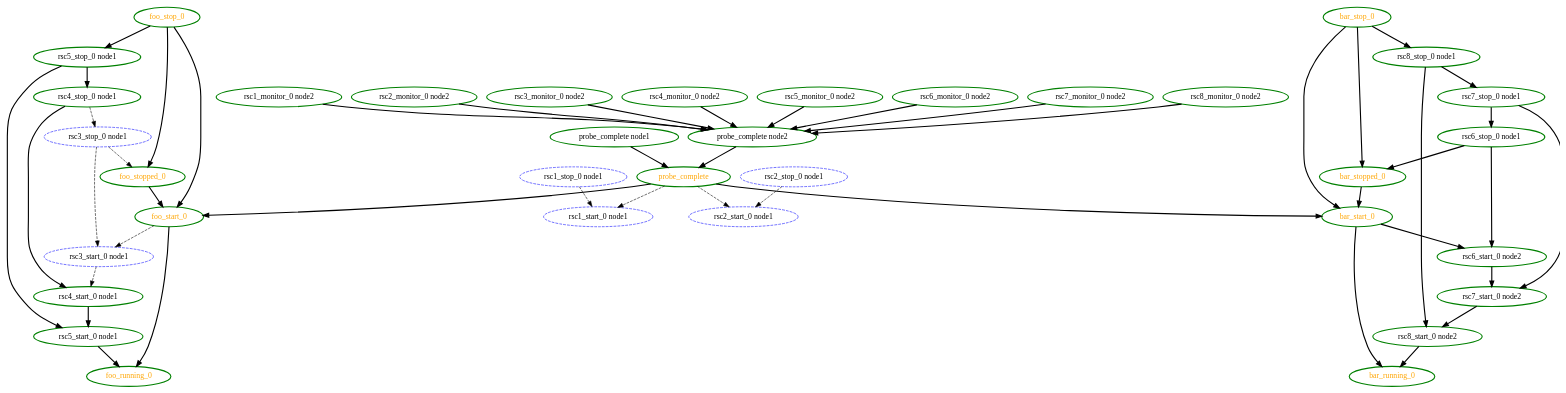
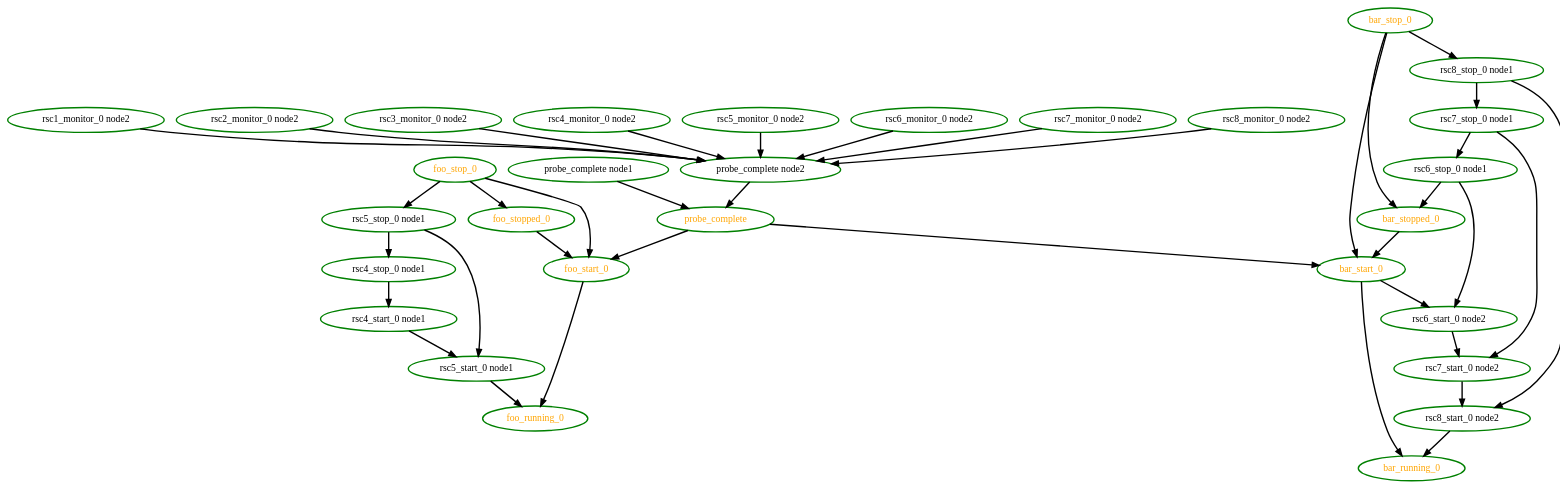
Before and after one commit to richiewen8/heartbeat: the diagram in crm/pengine/testcases/group9.dot, drawn with Graphviz. The commit also changed 100 other files, not shown here.

```diff
--- a/crm/pengine/testcases/group9.dot
+++ b/crm/pengine/testcases/group9.dot
@@ -1,84 +1,69 @@
 digraph "g" {
 	size = "30,30"
 "rsc4_stop_0 node1" [ style=bold color="green" fontcolor="black" ]
 "rsc7_stop_0 node1" [ style=bold color="green" fontcolor="black" ]
 "probe_complete" [ style=bold color="green" fontcolor="orange" ]
 "probe_complete node1" [ style=bold color="green" fontcolor="black" ]
 "probe_complete node2" [ style=bold color="green" fontcolor="black" ]
 "rsc1_monitor_0 node2" [ style=bold color="green" fontcolor="black" ]
 "rsc2_monitor_0 node2" [ style=bold color="green" fontcolor="black" ]
 "rsc3_monitor_0 node2" [ style=bold color="green" fontcolor="black" ]
 "rsc4_monitor_0 node2" [ style=bold color="green" fontcolor="black" ]
 "rsc5_monitor_0 node2" [ style=bold color="green" fontcolor="black" ]
 "rsc6_monitor_0 node2" [ style=bold color="green" fontcolor="black" ]
 "rsc7_monitor_0 node2" [ style=bold color="green" fontcolor="black" ]
 "rsc8_monitor_0 node2" [ style=bold color="green" fontcolor="black" ]
-"rsc1_stop_0 node1" [ style="dashed" color="blue" fontcolor="black" ]
-"rsc1_start_0 node1" [ style="dashed" color="blue" fontcolor="black" ]
-"rsc2_stop_0 node1" [ style="dashed" color="blue" fontcolor="black" ]
-"rsc2_start_0 node1" [ style="dashed" color="blue" fontcolor="black" ]
-"rsc3_stop_0 node1" [ style="dashed" color="blue" fontcolor="black" ]
-"rsc3_start_0 node1" [ style="dashed" color="blue" fontcolor="black" ]
 "rsc4_start_0 node1" [ style=bold color="green" fontcolor="black" ]
 "rsc5_stop_0 node1" [ style=bold color="green" fontcolor="black" ]
 "rsc5_start_0 node1" [ style=bold color="green" fontcolor="black" ]
 "foo_start_0" [ style=bold color="green" fontcolor="orange" ]
 "foo_running_0" [ style=bold color="green" fontcolor="orange" ]
 "foo_stop_0" [ style=bold color="green" fontcolor="orange" ]
 "foo_stopped_0" [ style=bold color="green" fontcolor="orange" ]
 "rsc6_stop_0 node1" [ style=bold color="green" fontcolor="black" ]
 "rsc6_start_0 node2" [ style=bold color="green" fontcolor="black" ]
 "rsc7_start_0 node2" [ style=bold color="green" fontcolor="black" ]
 "rsc8_stop_0 node1" [ style=bold color="green" fontcolor="black" ]
 "rsc8_start_0 node2" [ style=bold color="green" fontcolor="black" ]
 "bar_start_0" [ style=bold color="green" fontcolor="orange" ]
 "bar_running_0" [ style=bold color="green" fontcolor="orange" ]
 "bar_stop_0" [ style=bold color="green" fontcolor="orange" ]
 "bar_stopped_0" [ style=bold color="green" fontcolor="orange" ]
 "rsc5_stop_0 node1" -> "rsc4_stop_0 node1" [ style = bold]
 "rsc8_stop_0 node1" -> "rsc7_stop_0 node1" [ style = bold]
 "probe_complete node1" -> "probe_complete" [ style = bold]
 "probe_complete node2" -> "probe_complete" [ style = bold]
 "rsc1_monitor_0 node2" -> "probe_complete node2" [ style = bold]
 "rsc2_monitor_0 node2" -> "probe_complete node2" [ style = bold]
 "rsc3_monitor_0 node2" -> "probe_complete node2" [ style = bold]
 "rsc4_monitor_0 node2" -> "probe_complete node2" [ style = bold]
 "rsc5_monitor_0 node2" -> "probe_complete node2" [ style = bold]
 "rsc6_monitor_0 node2" -> "probe_complete node2" [ style = bold]
 "rsc7_monitor_0 node2" -> "probe_complete node2" [ style = bold]
 "rsc8_monitor_0 node2" -> "probe_complete node2" [ style = bold]
-"probe_complete" -> "rsc1_start_0 node1" [ style = dashed]
-"rsc1_stop_0 node1" -> "rsc1_start_0 node1" [ style = dashed]
-"probe_complete" -> "rsc2_start_0 node1" [ style = dashed]
-"rsc2_stop_0 node1" -> "rsc2_start_0 node1" [ style = dashed]
-"rsc4_stop_0 node1" -> "rsc3_stop_0 node1" [ style = dashed]
-"rsc3_stop_0 node1" -> "rsc3_start_0 node1" [ style = dashed]
-"foo_start_0" -> "rsc3_start_0 node1" [ style = dashed]
 "rsc4_stop_0 node1" -> "rsc4_start_0 node1" [ style = bold]
-"rsc3_start_0 node1" -> "rsc4_start_0 node1" [ style = dashed]
 "foo_stop_0" -> "rsc5_stop_0 node1" [ style = bold]
 "rsc4_start_0 node1" -> "rsc5_start_0 node1" [ style = bold]
 "rsc5_stop_0 node1" -> "rsc5_start_0 node1" [ style = bold]
 "probe_complete" -> "foo_start_0" [ style = bold]
 "foo_stop_0" -> "foo_start_0" [ style = bold]
 "foo_stopped_0" -> "foo_start_0" [ style = bold]
 "rsc5_start_0 node1" -> "foo_running_0" [ style = bold]
 "foo_start_0" -> "foo_running_0" [ style = bold]
-"rsc3_stop_0 node1" -> "foo_stopped_0" [ style = dashed]
 "foo_stop_0" -> "foo_stopped_0" [ style = bold]
 "rsc7_stop_0 node1" -> "rsc6_stop_0 node1" [ style = bold]
 "rsc6_stop_0 node1" -> "rsc6_start_0 node2" [ style = bold]
 "bar_start_0" -> "rsc6_start_0 node2" [ style = bold]
 "rsc7_stop_0 node1" -> "rsc7_start_0 node2" [ style = bold]
 "rsc6_start_0 node2" -> "rsc7_start_0 node2" [ style = bold]
 "bar_stop_0" -> "rsc8_stop_0 node1" [ style = bold]
 "rsc7_start_0 node2" -> "rsc8_start_0 node2" [ style = bold]
 "rsc8_stop_0 node1" -> "rsc8_start_0 node2" [ style = bold]
 "probe_complete" -> "bar_start_0" [ style = bold]
 "bar_stop_0" -> "bar_start_0" [ style = bold]
 "bar_stopped_0" -> "bar_start_0" [ style = bold]
 "rsc8_start_0 node2" -> "bar_running_0" [ style = bold]
 "bar_start_0" -> "bar_running_0" [ style = bold]
 "rsc6_stop_0 node1" -> "bar_stopped_0" [ style = bold]
 "bar_stop_0" -> "bar_stopped_0" [ style = bold]
 }
```
